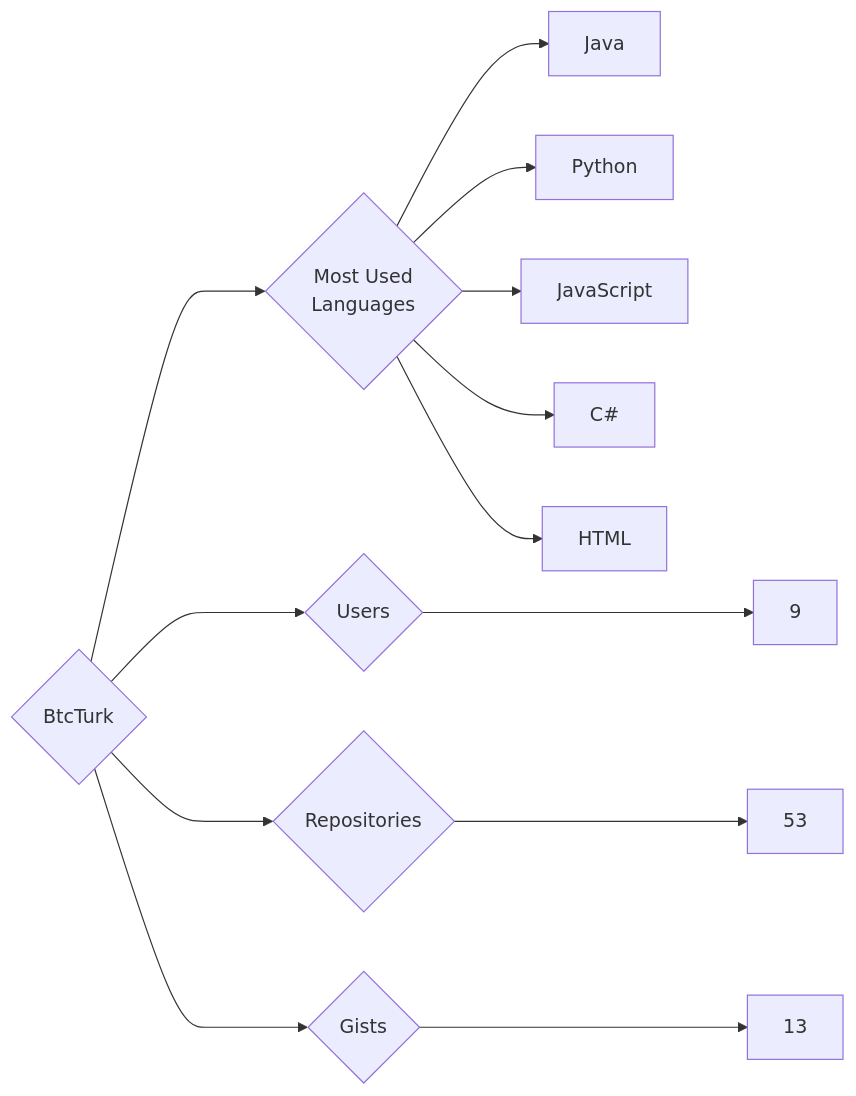
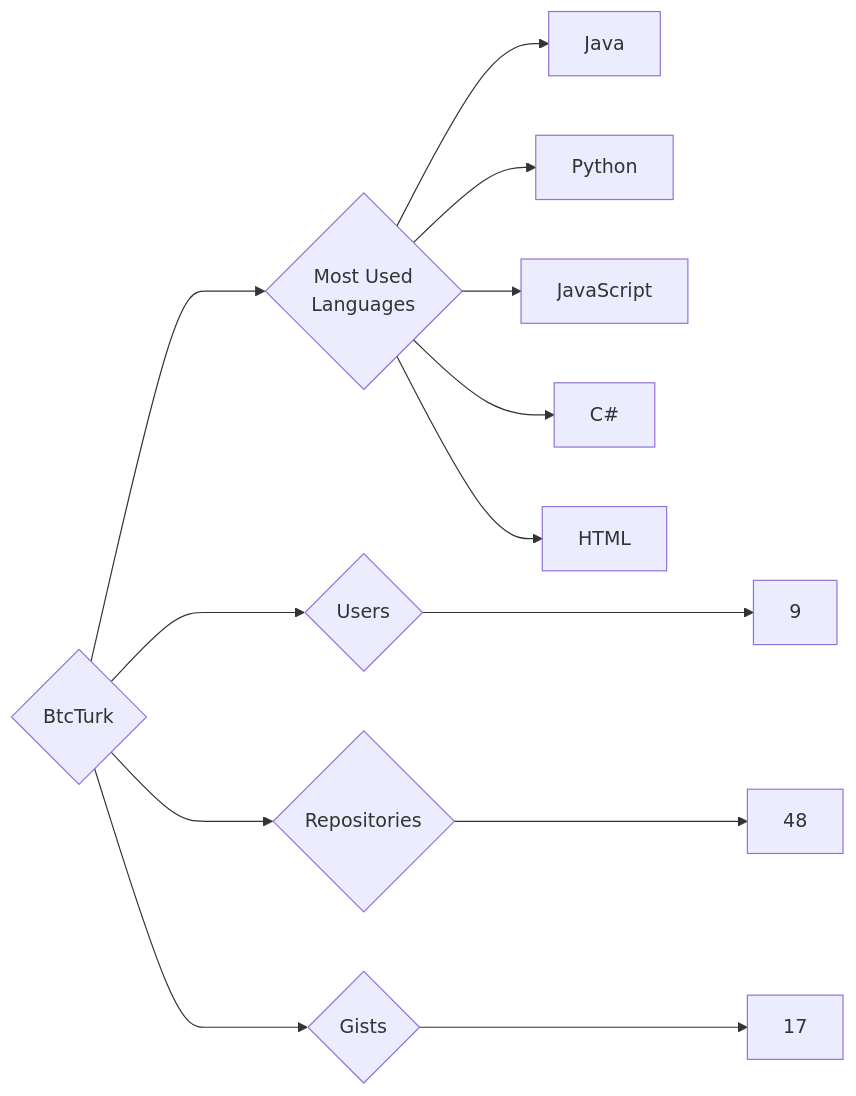
The diagram in targets/BtcTurk/README.md (trickest/insiders), drawn with Mermaid before and after one commit. The commit also changed 724 other files, not shown here.

````diff
--- a/targets/BtcTurk/README.md
+++ b/targets/BtcTurk/README.md
@@ -3,13 +3,13 @@
 ```mermaid
 graph LR
 COMPANY_NAME{BtcTurk}
 COMPANY_NAME ---> U{Users} ---> UN[9]
-COMPANY_NAME ---> R{Repositories} ---> RN[53]
-COMPANY_NAME ---> G{Gists} ---> GN[13]
+COMPANY_NAME ---> R{Repositories} ---> RN[48]
+COMPANY_NAME ---> G{Gists} ---> GN[17]
 COMPANY_NAME ---> ML{Most Used<br>Languages}
 ML --> Java[Java]
 ML --> Python[Python]
 ML --> JavaScript[JavaScript]
 ML --> C#[C#]
 ML --> HTML[HTML]
 ```
````
